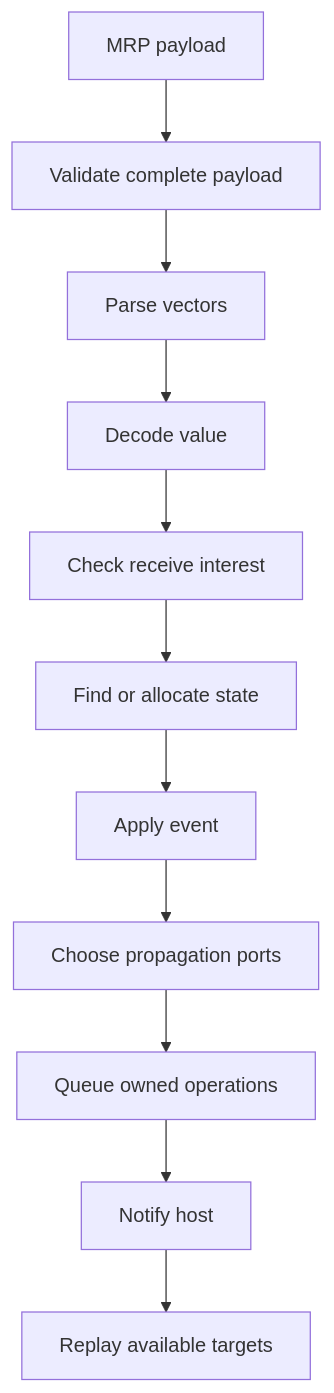
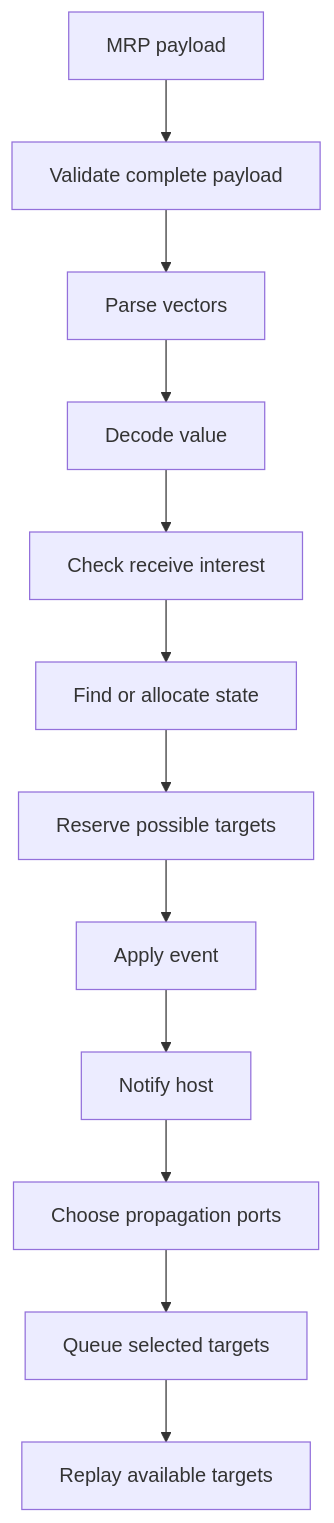
Before and after one commit to kebag-logic/lwSRP: the second of 3 diagrams in doc/architecture.md, drawn with Mermaid. The commit also changed other lines of this file and 14 other files, not shown here.

```diff
--- a/doc/architecture.md
+++ b/doc/architecture.md
@@ -35,13 +35,14 @@
 ~~~mermaid
 flowchart TD
     Payload[MRP payload] --> Validate[Validate complete payload]
     Validate --> Parse[Parse vectors]
     Parse --> Decode[Decode value]
     Decode --> Filter[Check receive interest]
     Filter --> Allocate[Find or allocate state]
-    Allocate --> State[Apply event]
-    State --> Policy[Choose propagation ports]
-    Policy --> Queue[Queue owned operations]
-    Queue --> Notify[Notify host]
-    Notify --> Declare[Replay available targets]
+    Allocate --> Reserve[Reserve possible targets]
+    Reserve --> State[Apply event]
+    State --> Notify[Notify host]
+    Notify --> Policy[Choose propagation ports]
+    Policy --> Queue[Queue selected targets]
+    Queue --> Declare[Replay available targets]
 ~~~
```
